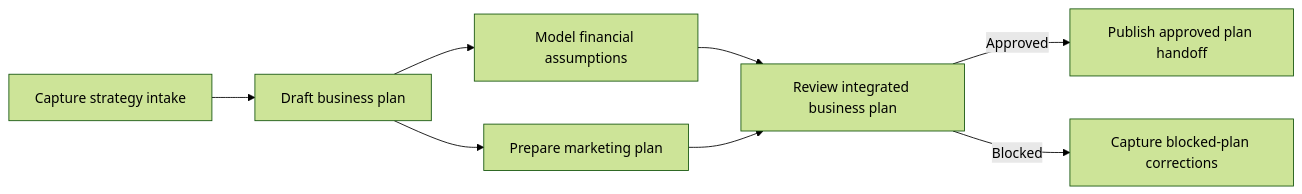
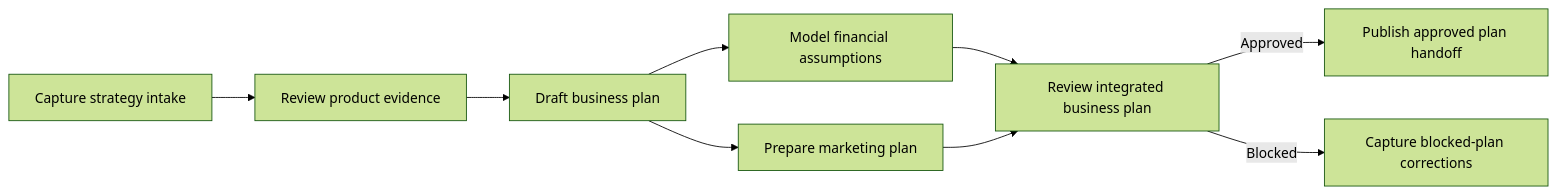
Before and after one commit to fyziktom/CanDoItAll: the diagram in Templates/Processes/processes/business-plan-development/mermaid/flowchart.mmd, drawn with Mermaid (forest theme). The commit also changed 48 other files, not shown here.

```diff
--- a/Templates/Processes/processes/business-plan-development/mermaid/flowchart.mmd
+++ b/Templates/Processes/processes/business-plan-development/mermaid/flowchart.mmd
@@ -1,8 +1,9 @@
 flowchart LR
-    intake["Capture strategy intake"] --> plan["Draft business plan"]
+    intake["Capture strategy intake"] --> product["Review product evidence"]
+    product --> plan["Draft business plan"]
     plan --> finance["Model financial assumptions"]
     plan --> marketing["Prepare marketing plan"]
     finance --> review["Review integrated business plan"]
     marketing --> review
     review -->|Approved| approved["Publish approved plan handoff"]
     review -->|Blocked| blocked["Capture blocked-plan corrections"]
```
